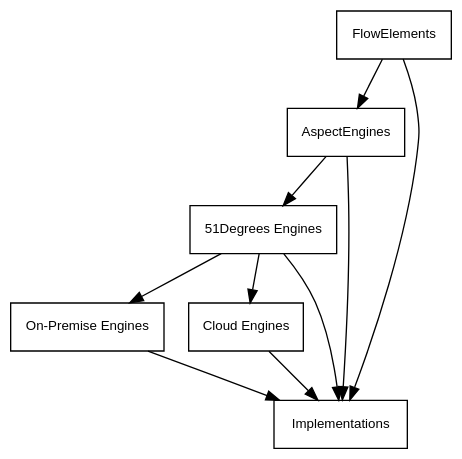
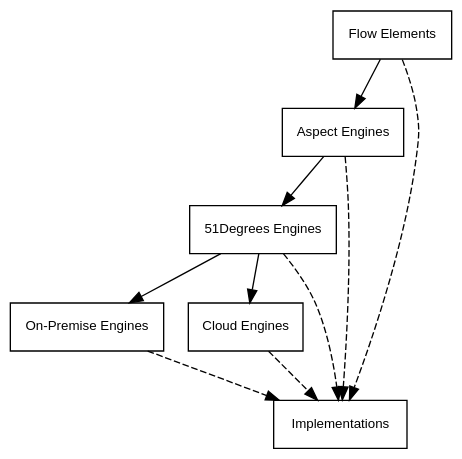
One commit to 51Degrees/documentation changed the diagram in src/graphs/flowelement-hierarchy.dot. Above: the diagram before and after it, drawn with Graphviz. The commit also changed 7 other files, not shown here.

Commit message:
BUILD/DOC: Added aliases for common links to the DoxyFiles. This means for example "[pipeline](@ref Concepts_Pipeline)" can be replaced with @pipeline. Also updated docs on flow element.

```diff
--- a/src/graphs/flowelement-hierarchy.dot
+++ b/src/graphs/flowelement-hierarchy.dot
@@ -1,20 +1,21 @@
 digraph H {
     bgcolor=transparent;
     node [shape=record, fontname=Helvetica, fontsize=10];
     
-    FE [label=FlowElements, URL="@ref Concepts_FlowElements_FlowElement"];
-    AE [label=AspectEngines, URL="@ref Concepts_FlowElements_AspectEngine"];
+    FE [label="Flow Elements", URL="@ref Concepts_FlowElements_FlowElement"];
+    AE [label="Aspect Engines", URL="@ref Concepts_FlowElements_AspectEngine"];
     FODE [label="51Degrees Engines", URL="@ref Concepts_FlowElements_FiftyOneEngine"];
     OPE [label="On-Premise Engines", URL="@ref Concepts_FlowElements_OnPremiseEngine"];
     CE [label="Cloud Engines", URL="@ref Concepts_FlowElements_CloudEngine"];
-    I [label=Implementations, URL="@ref Concepts_FlowElements_Implementations"];
+    I [label=Implementations, URL="@ref Services_Index"];
     
     FE -> AE -> FODE -> OPE;
     FODE -> CE;
     
+    edge[style=dashed];
     FE -> I;
     AE -> I;
     FODE -> I;
     OPE -> I;
     CE -> I;
 }
```
